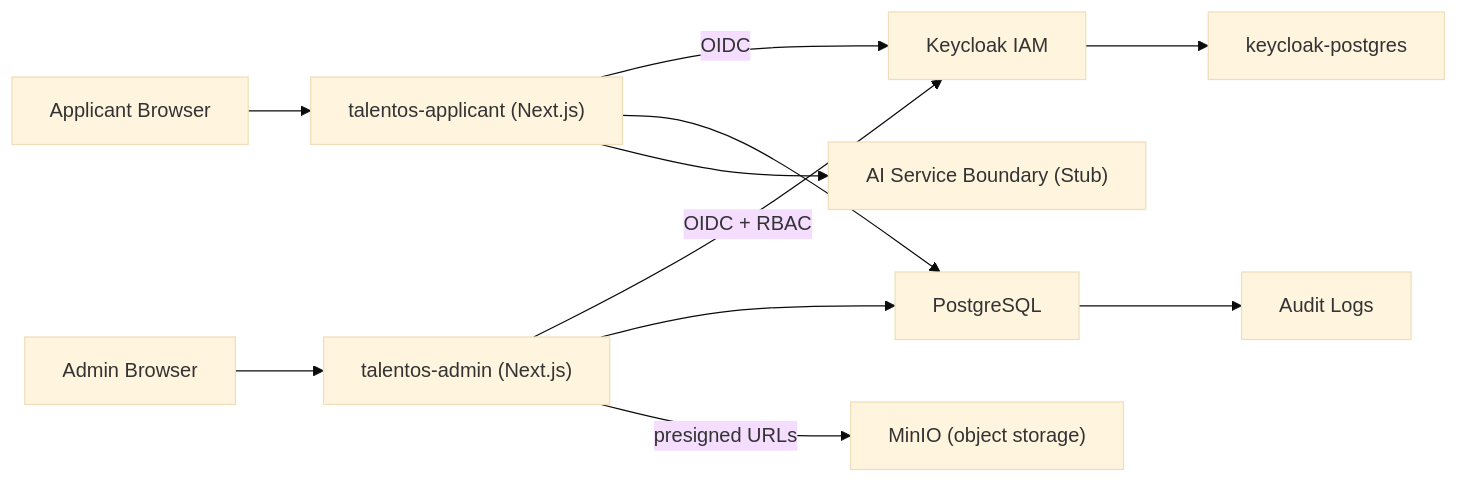
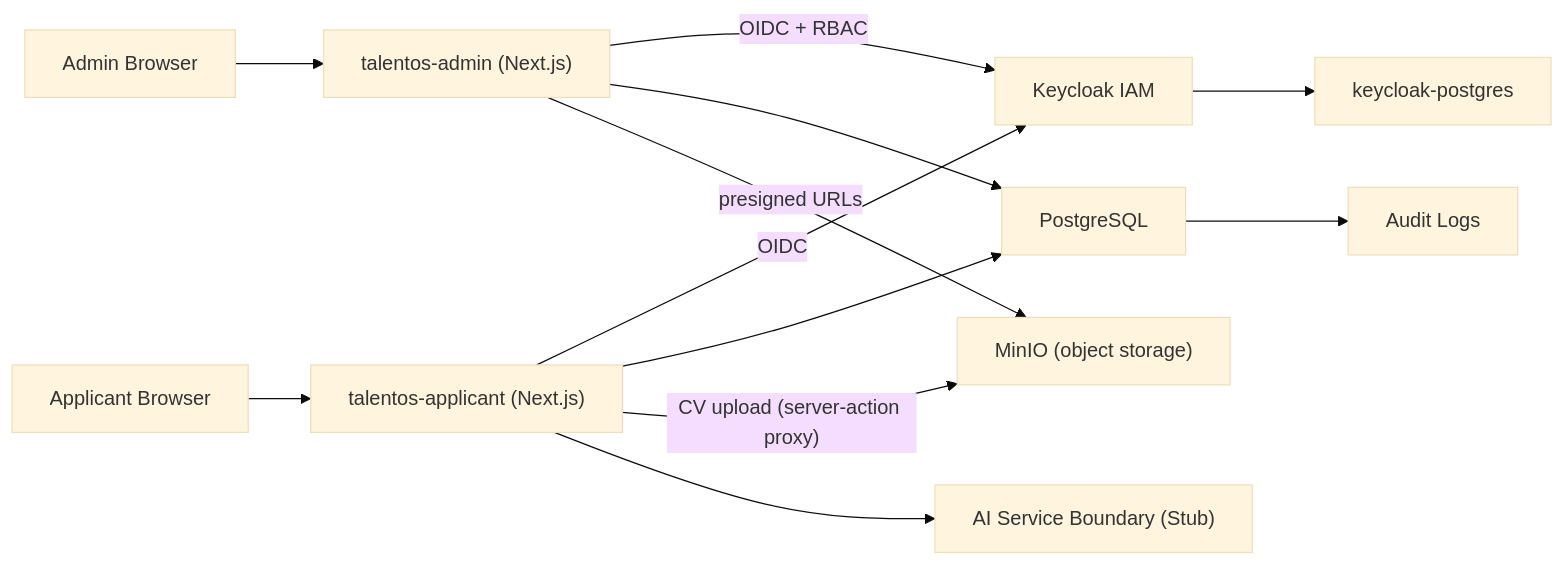
The first of 3 diagrams in docs/Architecture.md (karimjindani/talentOS), drawn with Mermaid (base theme) before and after one commit. The commit also changed other lines of this file and 17 other files, not shown here.

````diff
--- a/docs/Architecture.md
+++ b/docs/Architecture.md
@@ -46,13 +46,14 @@
 ```mermaid
 flowchart LR
     Applicant["Applicant Browser"] --> AppWeb["talentos-applicant (Next.js)"]
     Admin["Admin Browser"] --> AdminWeb["talentos-admin (Next.js)"]
     AppWeb -->|OIDC| KC["Keycloak IAM"]
     AdminWeb -->|OIDC + RBAC| KC
     KC --> KCDB["keycloak-postgres"]
     AppWeb --> DB["PostgreSQL"]
     AdminWeb --> DB
     AdminWeb -->|presigned URLs| MinIO["MinIO (object storage)"]
+    AppWeb -->|"CV upload (server-action proxy)"| MinIO
     AppWeb --> AI["AI Service Boundary (Stub)"]
     DB --> Audit["Audit Logs"]
 ```
````
